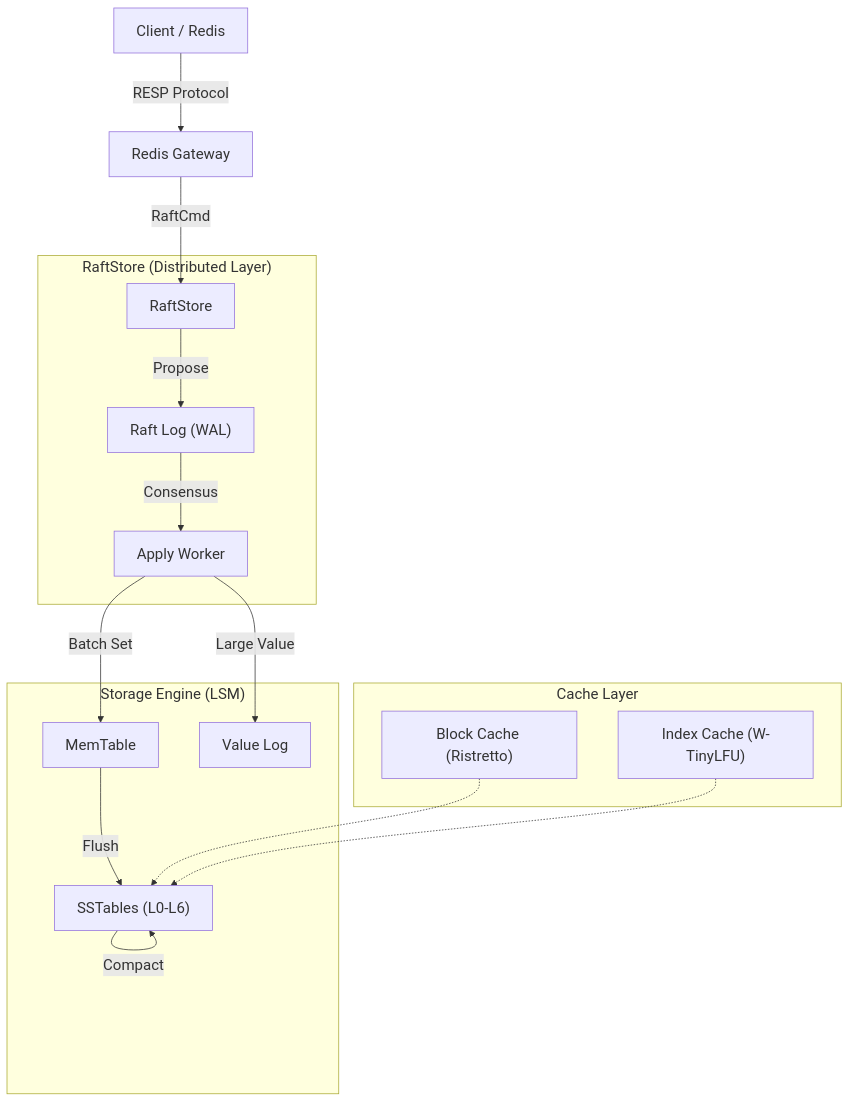
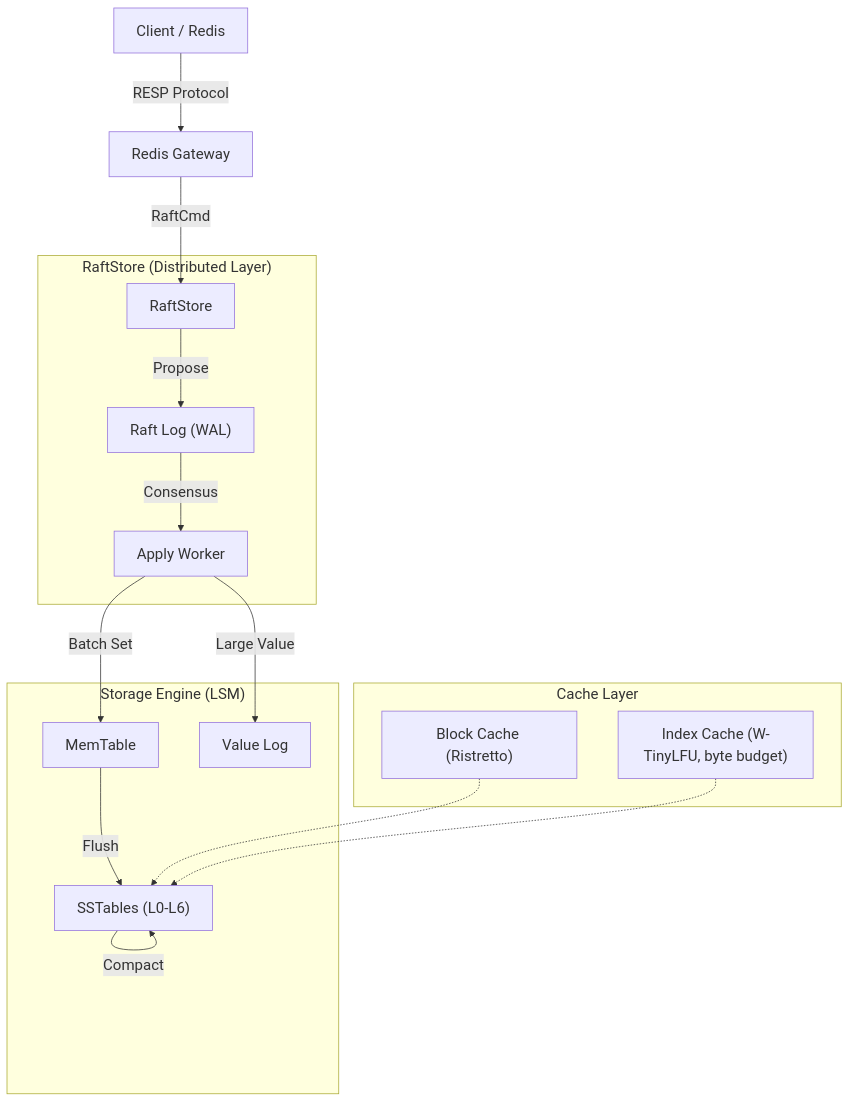
One commit to feichai0017/NoKV changed the diagram in docs/README.md. Above: the diagram before and after it, drawn with Mermaid. The commit also changed other lines of this file and 40 other files, not shown here.

````diff
--- a/docs/README.md
+++ b/docs/README.md
@@ -93,27 +93,27 @@
 ```mermaid
 %%{init: {
   "themeVariables": { "fontSize": "20px" },
   "flowchart": { "nodeSpacing": 55, "rankSpacing": 75, "curve": "basis" }
 }}%%
 graph TD
     Client["Client / Redis"] -->|RESP Protocol| Gateway["Redis Gateway"]
     Gateway -->|RaftCmd| RaftStore
     
     subgraph "RaftStore (Distributed Layer)"
         RaftStore -->|Propose| RaftLog["Raft Log (WAL)"]
         RaftLog -->|Consensus| Apply["Apply Worker"]
     end
     
     subgraph "Storage Engine (LSM)"
         Apply -->|Batch Set| MemTable
         MemTable -->|Flush| SSTable["SSTables (L0-L6)"]
         SSTable -->|Compact| SSTable
         
         Apply -->|Large Value| VLog["Value Log"]
     end
     
     subgraph "Cache Layer"
         BlockCache["Block Cache (Ristretto)"] -.-> SSTable
-        IndexCache["Index Cache (W-TinyLFU)"] -.-> SSTable
+        IndexCache["Index Cache (W-TinyLFU, byte budget)"] -.-> SSTable
     end
 ```
````
